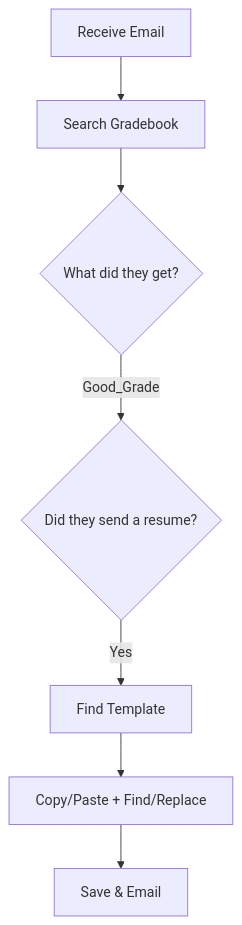
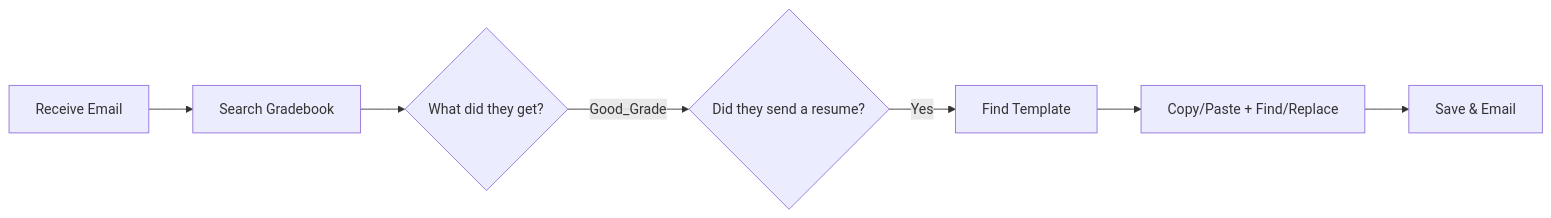
The diagram in week2/mvw_example.md (DrJieTao/data6900), drawn with Mermaid before and after one commit.

Commit message:
Change graph direction from TD to LR

````diff
--- a/week2/mvw_example.md
+++ b/week2/mvw_example.md
@@ -1,9 +1,9 @@
 ```mermaid
-graph TD
+graph LR
     Trigger[Receive Email] --> Step1[Search Gradebook]
     Step1 --> Decision1{"What did they get?"}
     Decision1 --Good_Grade--> Decision2{"Did they send a resume?"}
     Decision2 --Yes--> Step2[Find Template]
     Step2 --> PainPoint[Copy/Paste + Find/Replace]
     PainPoint --> Step3[Save & Email]
 ```
````
